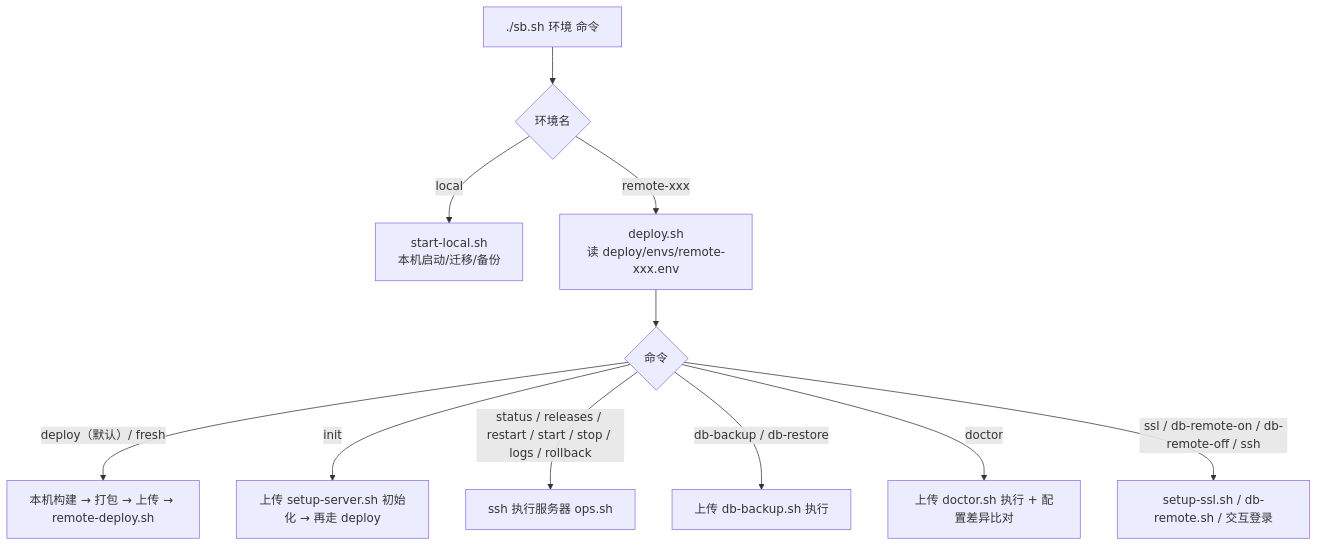
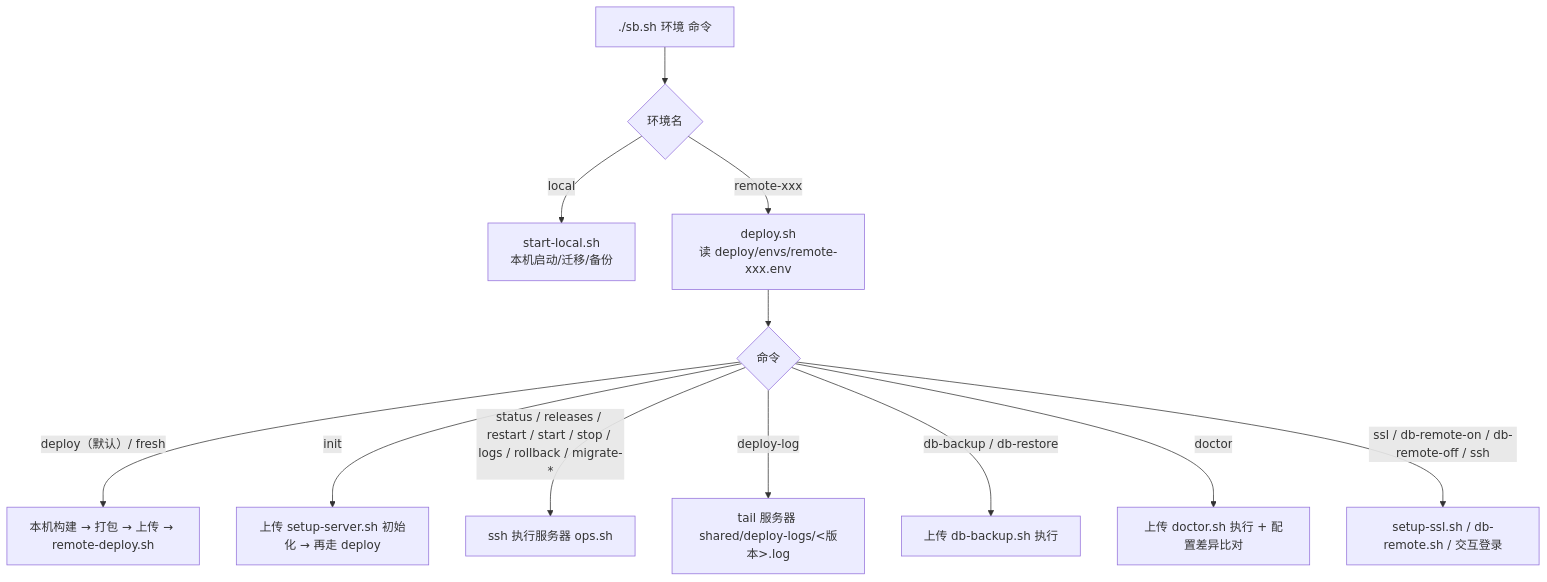
One commit to 984344996/SystemBase changed the first of 5 diagrams in docs/flow.md. Above: the diagram before and after it, drawn with Mermaid. The commit also changed other lines of this file and 32 other files, not shown here.

````diff
--- a/docs/flow.md
+++ b/docs/flow.md
@@ -13,13 +13,14 @@
 ```mermaid
 flowchart TD
   A["./sb.sh 环境 命令"] --> B{"环境名"}
   B -->|"local"| C["start-local.sh<br/>本机启动/迁移/备份"]
   B -->|"remote-xxx"| D["deploy.sh<br/>读 deploy/envs/remote-xxx.env"]
   D --> E{"命令"}
   E -->|"deploy（默认）/ fresh"| F["本机构建 → 打包 → 上传 → remote-deploy.sh"]
   E -->|"init"| G["上传 setup-server.sh 初始化 → 再走 deploy"]
-  E -->|"status / releases / restart / start / stop / logs / rollback"| H["ssh 执行服务器 ops.sh"]
+  E -->|"status / releases / restart / start / stop / logs / rollback / migrate-*"| H["ssh 执行服务器 ops.sh"]
+  E -->|"deploy-log"| L2["tail 服务器 shared/deploy-logs/<版本>.log"]
   E -->|"db-backup / db-restore"| I["上传 db-backup.sh 执行"]
   E -->|"doctor"| J["上传 doctor.sh 执行 + 配置差异比对"]
   E -->|"ssl / db-remote-on / db-remote-off / ssh"| K["setup-ssl.sh / db-remote.sh / 交互登录"]
 ```
````
